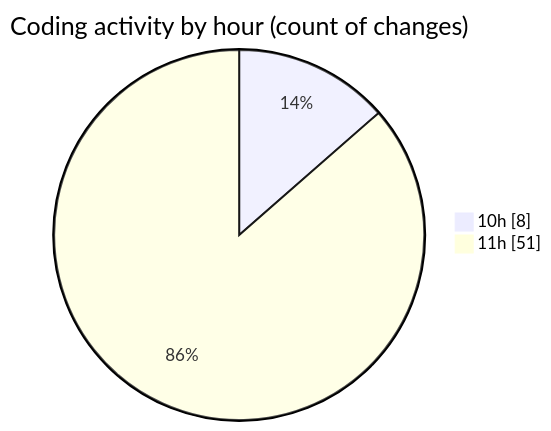
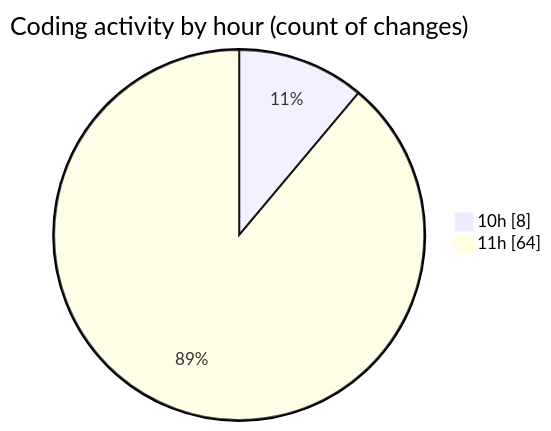
Before and after one commit to nxtqubesakshisongat/code-tracking: the second of 2 diagrams in 2025-08-22/nxtqube_webapp/README.md, drawn with Mermaid. The commit also changed other lines of this file and 1 other file, not shown here.

````diff
--- a/2025-08-22/nxtqube_webapp/README.md
+++ b/2025-08-22/nxtqube_webapp/README.md
@@ -28,6 +28,6 @@
 ```mermaid
 pie showData
 title Coding activity by hour (count of changes)
 "10h" : 8
-"11h" : 51
+"11h" : 64
 ```
````
